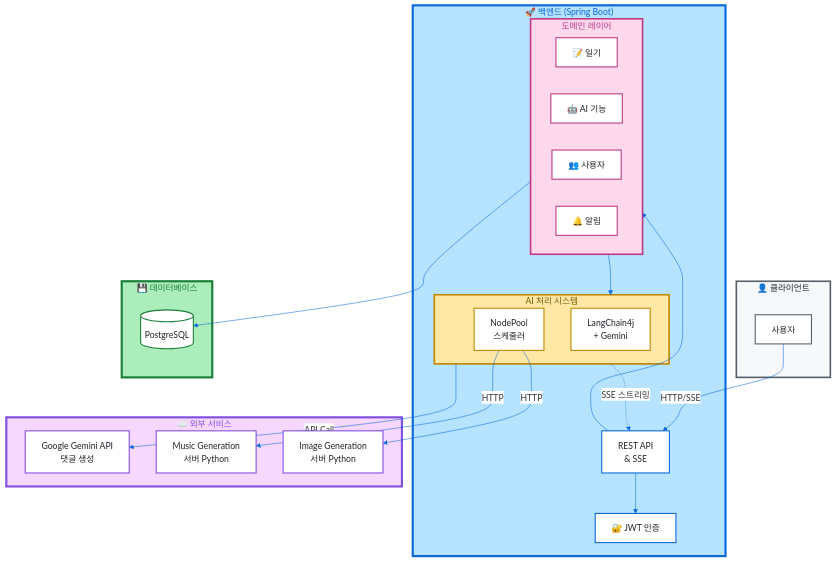
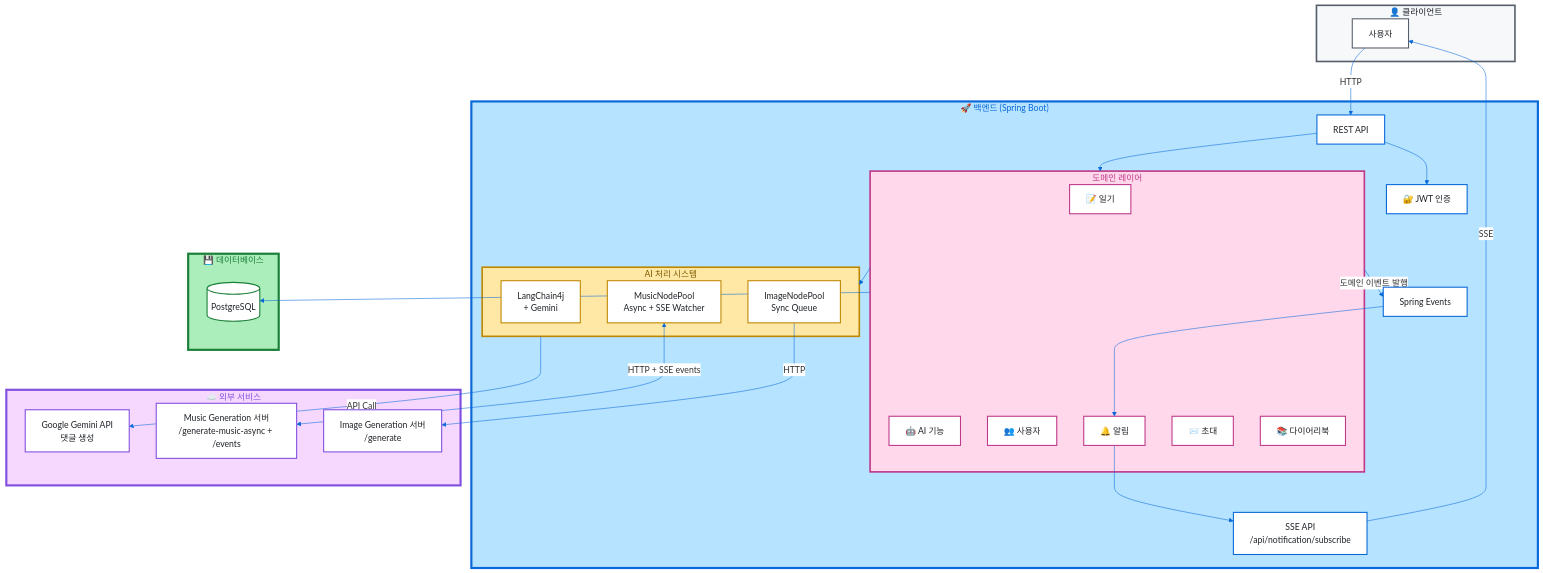
The second of 2 diagrams in README.md (Capstone-Memoria/Memoria-Back), drawn with Mermaid before and after one commit. The commit also changed other lines of this file, not shown here.

First line of the commit message:
docs: update README.md to reflect new architecture and flowchart enhancements

```diff
--- a/README.md
+++ b/README.md
@@ -170,7 +189,7 @@
     end
 
     subgraph Backend["🚀 백엔드 (Spring Boot)"]
-        API[REST API<br/>& SSE]
+        API[REST API]
         Auth[🔐 JWT 인증]
 
         subgraph Domains["도메인 레이어"]
@@ -178,33 +197,42 @@
             AIService[🤖 AI 기능]
             UserDomain[👥 사용자]
             Noti[🔔 알림]
+            Invitation[📨 초대]
+            DiaryBook[📚 다이어리북]
         end
 
         subgraph AISystem["AI 처리 시스템"]
             LangChain[LangChain4j<br/>+ Gemini]
-            NodePool[NodePool<br/>스케줄러]
+            MusicNodePool[MusicNodePool<br/>Async + SSE Watcher]
+            ImageNodePool[ImageNodePool<br/>Sync Queue]
         end
+
+        EventBus[Spring Events]
+        SseApi[SSE API<br/>/api/notification/subscribe]
     end
 
     subgraph External["☁️ 외부 서비스"]
         Gemini[Google Gemini API<br/>댓글 생성]
-        MusicNode[Music Generation<br/>서버 Python]
-        ImageNode[Image Generation<br/>서버 Python]
+        MusicNode[Music Generation 서버<br/>/generate-music-async + /events]
+        ImageNode[Image Generation 서버<br/>/generate]
     end
 
     subgraph Database["💾 데이터베이스"]
         PostgreSQL[(PostgreSQL)]
     end
 
-    User -->|HTTP/SSE| API
+    User -->|HTTP| API
     API --> Auth
     API --> Domains
     Domains --> AISystem
     AISystem -->|API Call| Gemini
-    NodePool -->|HTTP| MusicNode
-    NodePool -->|HTTP| ImageNode
+    MusicNodePool <-->|HTTP + SSE events| MusicNode
+    ImageNodePool -->|HTTP| ImageNode
     Domains --> PostgreSQL
-    AISystem -.SSE 스트리밍.-> API
+    Domains -->|도메인 이벤트 발행| EventBus
+    EventBus --> Noti
+    Noti --> SseApi
+    SseApi -->|SSE| User
 
     %% Subgraph 스타일 (진한 배경 + 진한 글자)
     style Backend fill:#b6e3ff,stroke:#0969da,stroke-width:4px,color:#0969da
@@ -222,8 +250,13 @@
     style AIService fill:#ffffff,stroke:#bf3989,stroke-width:2px,color:#1f2328
     style UserDomain fill:#ffffff,stroke:#bf3989,stroke-width:2px,color:#1f2328
     style Noti fill:#ffffff,stroke:#bf3989,stroke-width:2px,color:#1f2328
+    style Invitation fill:#ffffff,stroke:#bf3989,stroke-width:2px,color:#1f2328
+    style DiaryBook fill:#ffffff,stroke:#bf3989,stroke-width:2px,color:#1f2328
     style LangChain fill:#ffffff,stroke:#bf8700,stroke-width:2px,color:#1f2328
-    style NodePool fill:#ffffff,stroke:#bf8700,stroke-width:2px,color:#1f2328
+    style MusicNodePool fill:#ffffff,stroke:#bf8700,stroke-width:2px,color:#1f2328
+    style ImageNodePool fill:#ffffff,stroke:#bf8700,stroke-width:2px,color:#1f2328
+    style EventBus fill:#ffffff,stroke:#0969da,stroke-width:2px,color:#1f2328
+    style SseApi fill:#ffffff,stroke:#0969da,stroke-width:2px,color:#1f2328
     style Gemini fill:#ffffff,stroke:#8250df,stroke-width:2px,color:#1f2328
     style MusicNode fill:#ffffff,stroke:#8250df,stroke-width:2px,color:#1f2328
     style ImageNode fill:#ffffff,stroke:#8250df,stroke-width:2px,color:#1f2328
```
